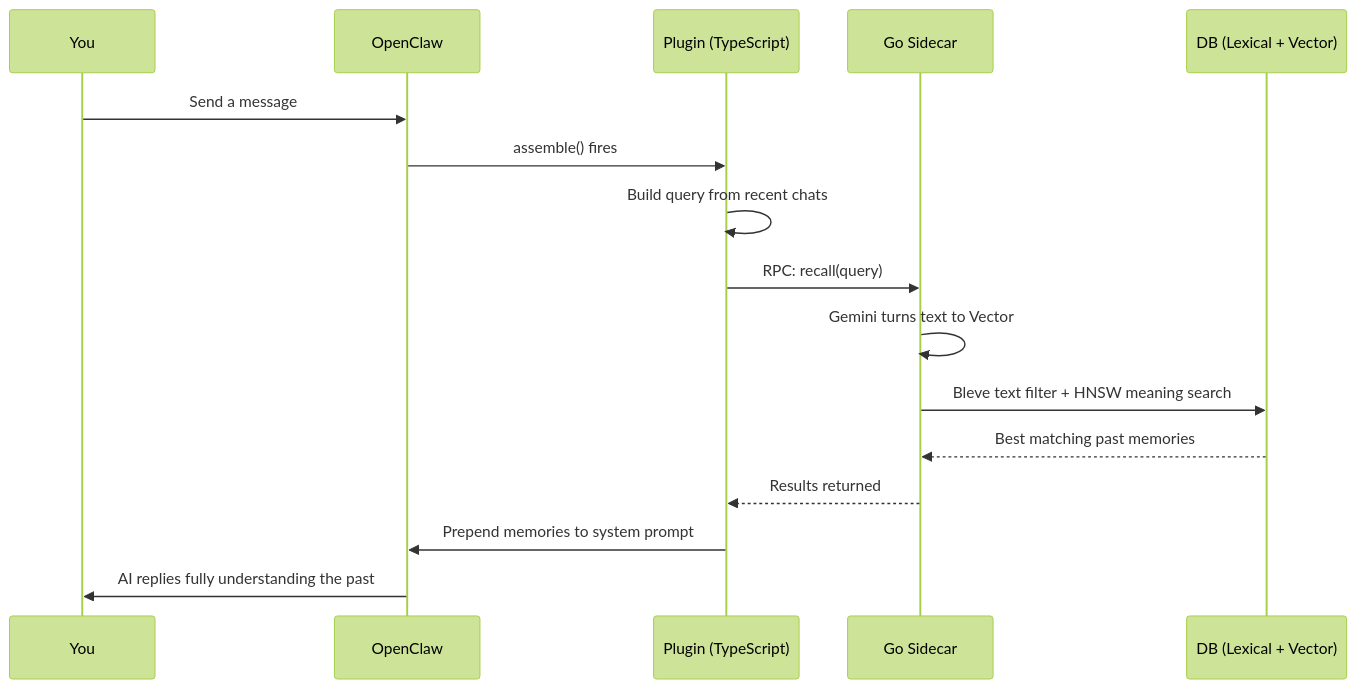
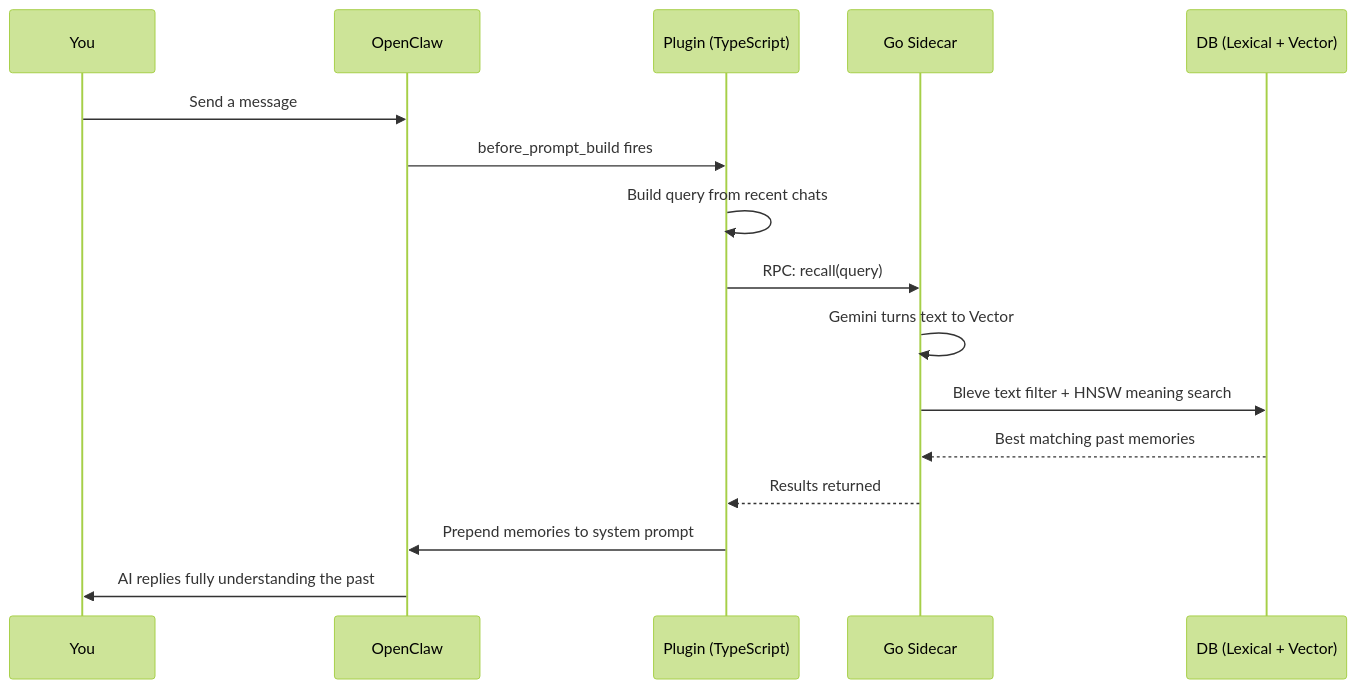
The diagram in README.md (YoshiaKefasu/episodic-claw), drawn with Mermaid (forest theme) before and after one commit. The commit also changed other lines of this file and 7 other files, not shown here.

````diff
--- a/README.md
+++ b/README.md
@@ -45,19 +41,19 @@
 ```mermaid
 sequenceDiagram
     participant You
     participant OpenClaw
     participant TS as Plugin (TypeScript)
     participant Go as Go Sidecar
     participant DB as DB (Lexical + Vector)
 
     You->>OpenClaw: Send a message
-    OpenClaw->>TS: assemble() fires
+    OpenClaw->>TS: before_prompt_build fires
     TS->>TS: Build query from recent chats
     TS->>Go: RPC: recall(query)
     Go->>Go: Gemini turns text to Vector
     Go->>DB: Bleve text filter + HNSW meaning search
     DB-->>Go: Best matching past memories
     Go-->>TS: Results returned
     TS->>OpenClaw: Prepend memories to system prompt
     OpenClaw->>You: AI replies fully understanding the past
 ```
````
